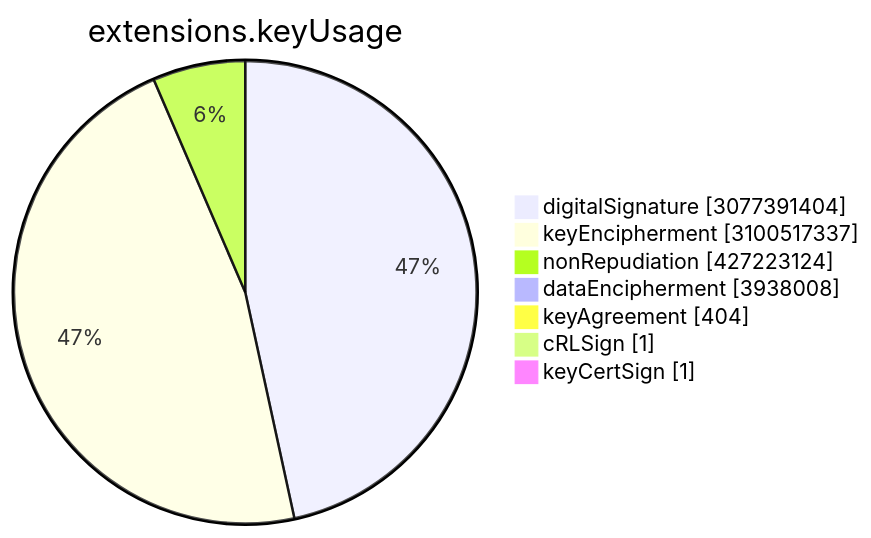
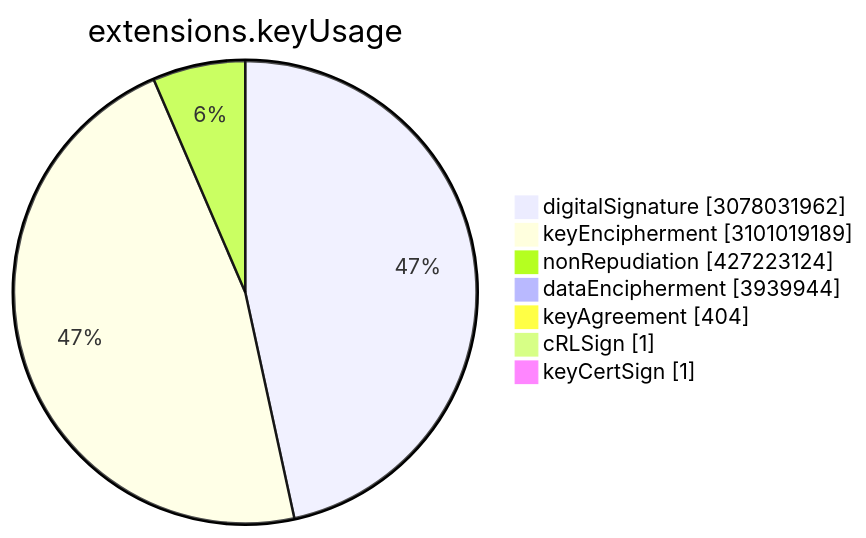
The sixth of 15 diagrams in TOTAL/README.md (christiankrug/ctmonitor_visualization), drawn with Mermaid before and after one commit. The commit also changed other lines of this file, not shown here.

````diff
--- a/TOTAL/README.md
+++ b/TOTAL/README.md
@@ -3077,11 +3077,11 @@
 ```mermaid
 pie showData
 title extensions.keyUsage
-"digitalSignature" :3077391404
-"keyEncipherment" :3100517337
+"digitalSignature" :3078031962
+"keyEncipherment" :3101019189
 "nonRepudiation" :427223124
-"dataEncipherment" :3938008
+"dataEncipherment" :3939944
 "keyAgreement" :404
 "cRLSign" :1
 "keyCertSign" :1
 ```
````
